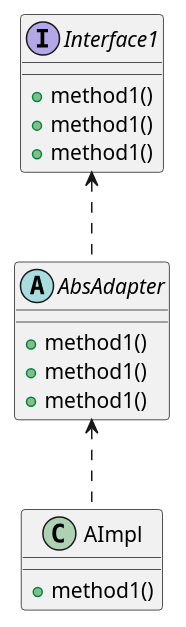
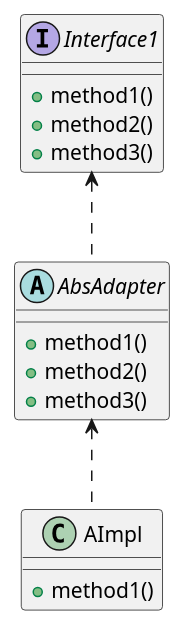
Before and after one commit to violet-Bin/designpatterns: the diagram in src/main/java/com/designpatterns/graph/pattern/struct/adapter/interfaceadapter/InterfaceAdapter.puml, drawn with PlantUML. The commit also changed 8 other files, not shown here.

```diff
--- a/src/main/java/com/designpatterns/graph/pattern/struct/adapter/interfaceadapter/InterfaceAdapter.puml
+++ b/src/main/java/com/designpatterns/graph/pattern/struct/adapter/interfaceadapter/InterfaceAdapter.puml
@@ -1,20 +1,20 @@
 @startuml
 
 interface Interface1
 abstract class AbsAdapter
 class AImpl
 
 Interface1 <.. AbsAdapter
 AbsAdapter <.. AImpl
 
 Interface1 : +method1()
-Interface1 : +method1()
-Interface1 : +method1()
+Interface1 : +method2()
+Interface1 : +method3()
 AbsAdapter : +method1()
-AbsAdapter : +method1()
-AbsAdapter : +method1()
+AbsAdapter : +method2()
+AbsAdapter : +method3()
 
 AImpl : +method1()
 
 
 @enduml
```
